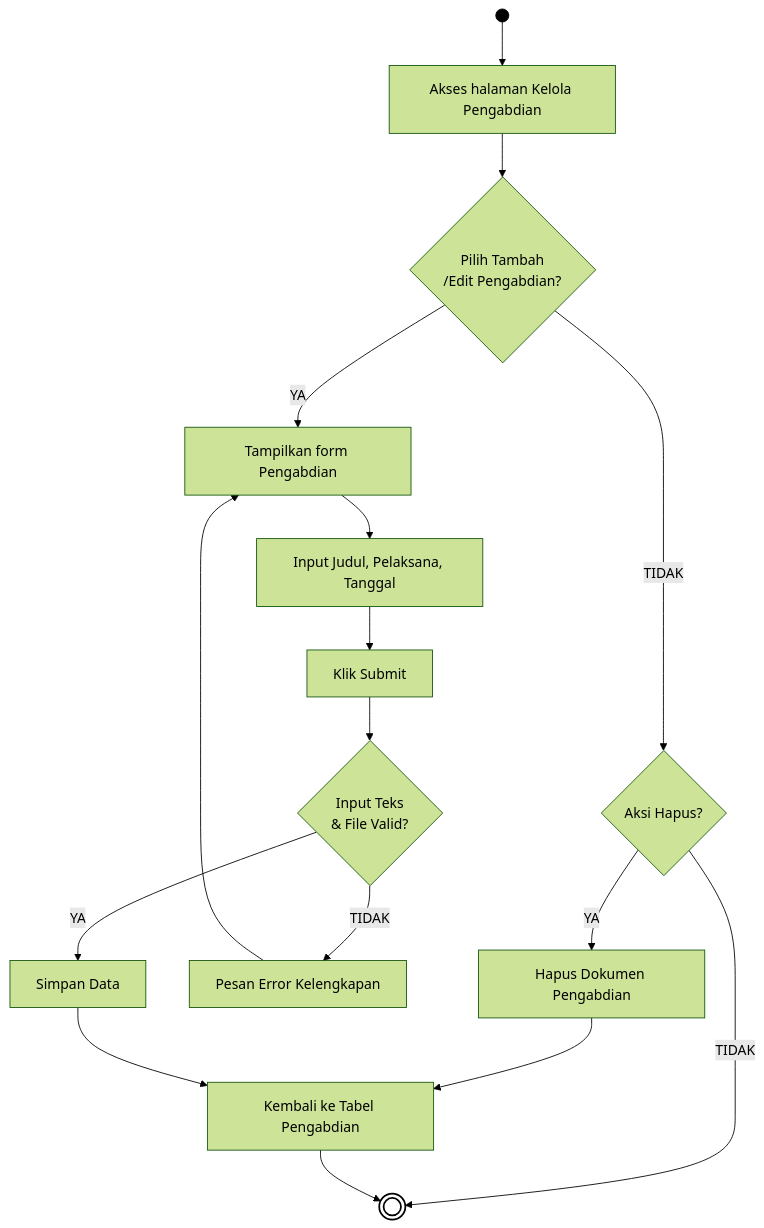
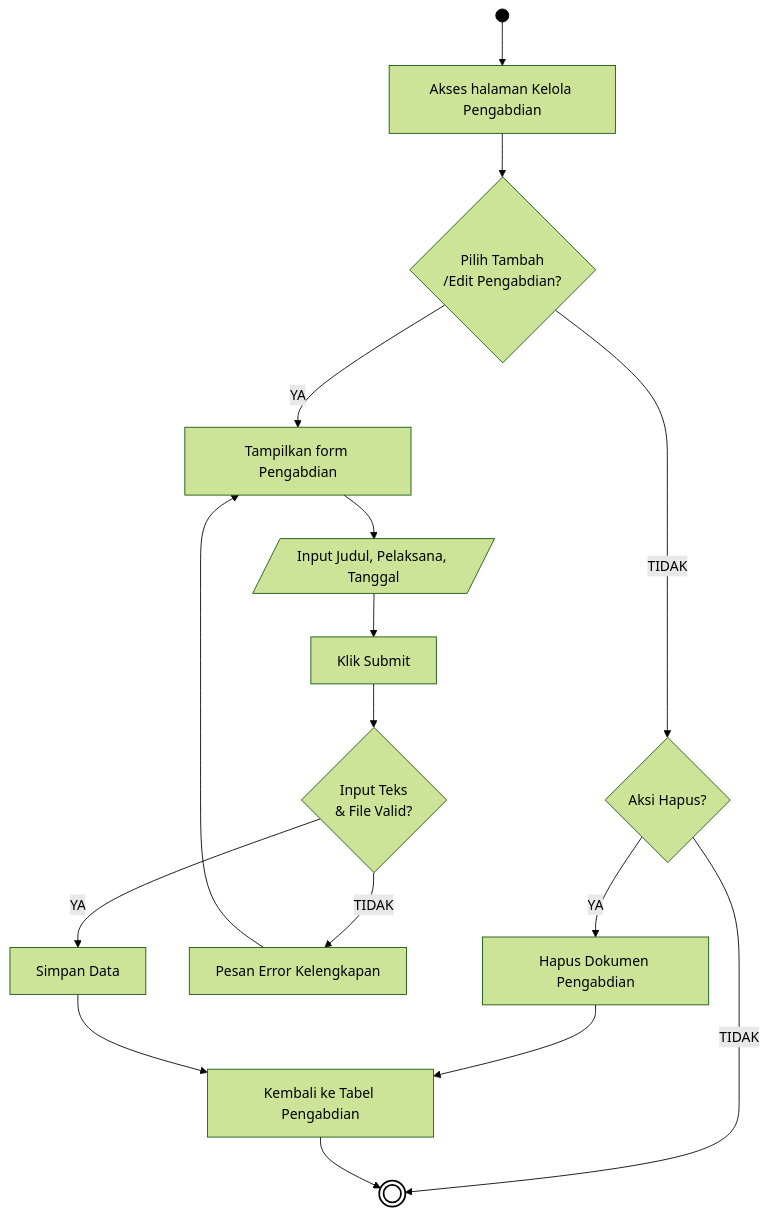
Before and after one commit to arbain-dev/Web_fikom: diagram 14 of 21 in docs/01_DIAGRAM_AKTIVITAS.md, drawn with Mermaid (forest theme). The commit also changed other lines of this file and 2 other files, not shown here.

Commit message:
docs: perbaiki bentuk IO pada flowchart

````diff
--- a/docs/01_DIAGRAM_AKTIVITAS.md
+++ b/docs/01_DIAGRAM_AKTIVITAS.md
@@ -459,26 +459,26 @@
 ```mermaid
 flowchart TD
     Start(( )) --> A[Akses halaman Kelola Pengabdian]
     
     A --> B{Pilih Tambah\n/Edit Pengabdian?}
     
     B -- TIDAK --> Hapus{Aksi Hapus?}
     Hapus -- YA --> HC[Hapus Dokumen Pengabdian]
     Hapus -- TIDAK --> End((( )))
     HC --> I[Kembali ke Tabel Pengabdian]
     
     B -- YA --> C[Tampilkan form Pengabdian]
-    C --> D[Input Judul, Pelaksana, Tanggal]
+    C --> D[/Input Judul, Pelaksana, Tanggal/]
     D --> E[Klik Submit]
     
     E --> F{Input Teks\n& File Valid?}
     F -- TIDAK --> G[Pesan Error Kelengkapan]
     G --> C
     
     F -- YA --> H[Simpan Data]
     H --> I
     I --> End
     
     style Start fill:#000,stroke:#000,color:#000
     style End fill:#fff,stroke:#000,stroke-width:2px
 ```
````
